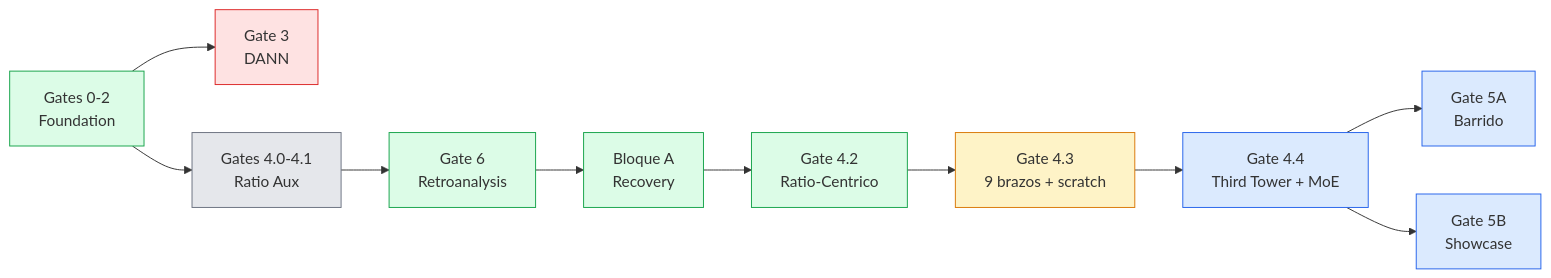
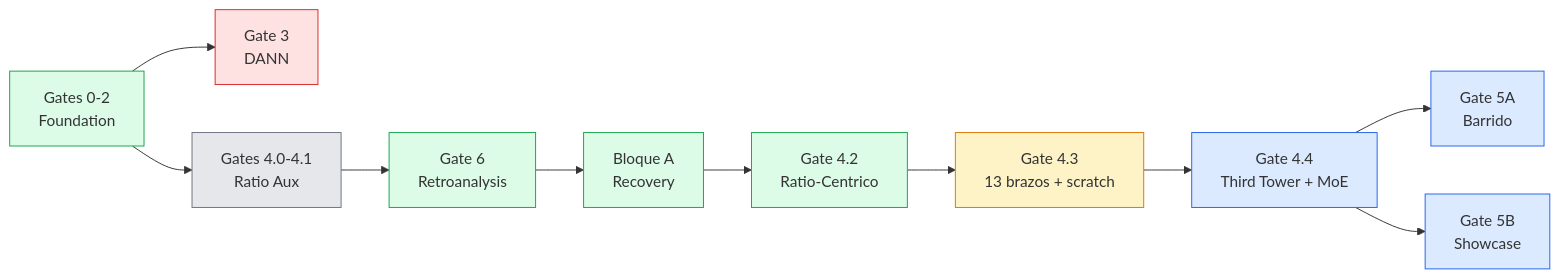
One commit to Mar-IA-no/Phideus changed the diagram in README.md. Above: the diagram before and after it, drawn with Mermaid. The commit also changed other lines of this file and 29 other files, not shown here.

Commit message:
docs: sync repo docs with Gate 4.3 closure and UNC scratch queue

````diff
--- a/README.md
+++ b/README.md
@@ -123,23 +123,23 @@
 ```mermaid
 flowchart LR
   G02["Gates 0-2\nFoundation"] --> G3["Gate 3\nDANN"]
   G02 --> G4["Gates 4.0-4.1\nRatio Aux"]
   G4 --> G6["Gate 6\nRetroanalysis"]
   G6 --> BA["Bloque A\nRecovery"]
   BA --> G42["Gate 4.2\nRatio-Centrico"]
-  G42 --> G43["Gate 4.3\n9 brazos + scratch"]
+  G42 --> G43["Gate 4.3\n13 brazos + scratch"]
   G43 --> G44["Gate 4.4\nThird Tower + MoE"]
   G44 --> G5A["Gate 5A\nBarrido"]
   G44 --> G5B["Gate 5B\nShowcase"]
 
   style G02 fill:#dcfce7,stroke:#16a34a
   style G3 fill:#fee2e2,stroke:#dc2626
   style G4 fill:#e5e7eb,stroke:#6b7280
   style G6 fill:#dcfce7,stroke:#16a34a
   style BA fill:#dcfce7,stroke:#16a34a
   style G42 fill:#dcfce7,stroke:#16a34a
   style G43 fill:#fef3c7,stroke:#d97706
   style G44 fill:#dbeafe,stroke:#2563eb
   style G5A fill:#dbeafe,stroke:#2563eb
   style G5B fill:#dbeafe,stroke:#2563eb
 ```
````
